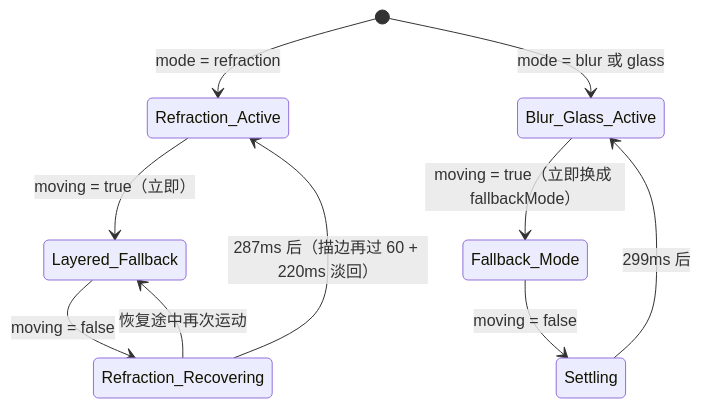
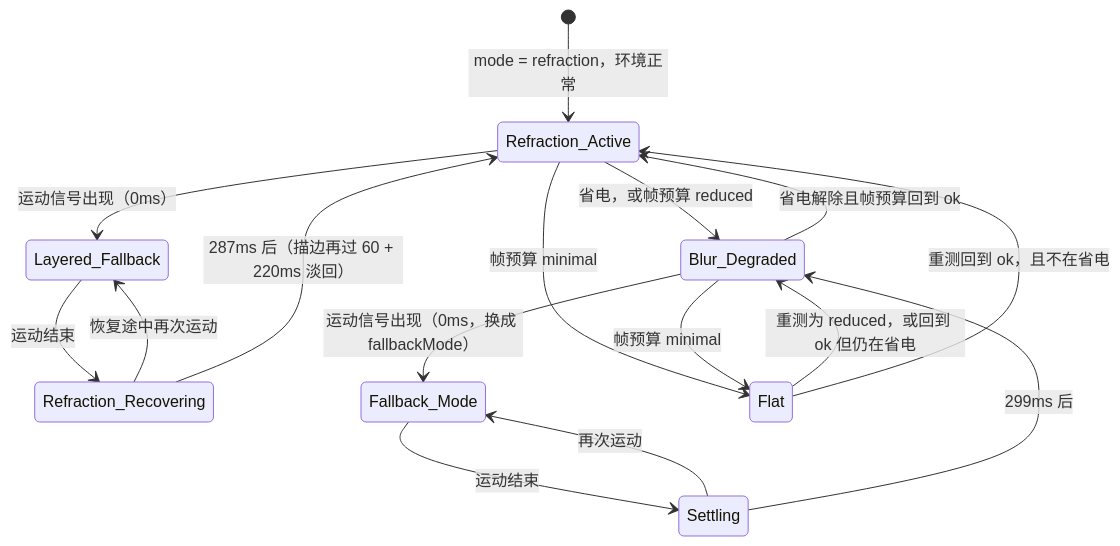
The third of 3 diagrams in docs/design/concepts/02-surfaces-and-materials.md (talex-touch/talex-touch), drawn with Mermaid before and after one commit. The commit also changed other lines of this file and 5 other files, not shown here.

````diff
--- a/docs/design/concepts/02-surfaces-and-materials.md
+++ b/docs/design/concepts/02-surfaces-and-materials.md
@@ -132,12 +244,18 @@
 ```mermaid
 stateDiagram-v2
-    [*] --> Refraction_Active: mode = refraction
-    Refraction_Active --> Layered_Fallback: moving = true（立即）
-    Layered_Fallback --> Refraction_Recovering: moving = false
+    [*] --> Refraction_Active: mode = refraction，环境正常
+    Refraction_Active --> Layered_Fallback: 运动信号出现（0ms）
+    Layered_Fallback --> Refraction_Recovering: 运动结束
     Refraction_Recovering --> Layered_Fallback: 恢复途中再次运动
     Refraction_Recovering --> Refraction_Active: 287ms 后（描边再过 60 + 220ms 淡回）
-    [*] --> Blur_Glass_Active: mode = blur 或 glass
-    Blur_Glass_Active --> Fallback_Mode: moving = true（立即换成 fallbackMode）
-    Fallback_Mode --> Settling: moving = false
-    Settling --> Blur_Glass_Active: 299ms 后
+    Refraction_Active --> Blur_Degraded: 省电，或帧预算 reduced
+    Blur_Degraded --> Refraction_Active: 省电解除且帧预算回到 ok
+    Blur_Degraded --> Fallback_Mode: 运动信号出现（0ms，换成 fallbackMode）
+    Fallback_Mode --> Settling: 运动结束
+    Settling --> Fallback_Mode: 再次运动
+    Settling --> Blur_Degraded: 299ms 后
+    Refraction_Active --> Flat: 帧预算 minimal
+    Blur_Degraded --> Flat: 帧预算 minimal
+    Flat --> Blur_Degraded: 重测为 reduced，或回到 ok 但仍在省电
+    Flat --> Refraction_Active: 重测回到 ok，且不在省电
 ```
````
